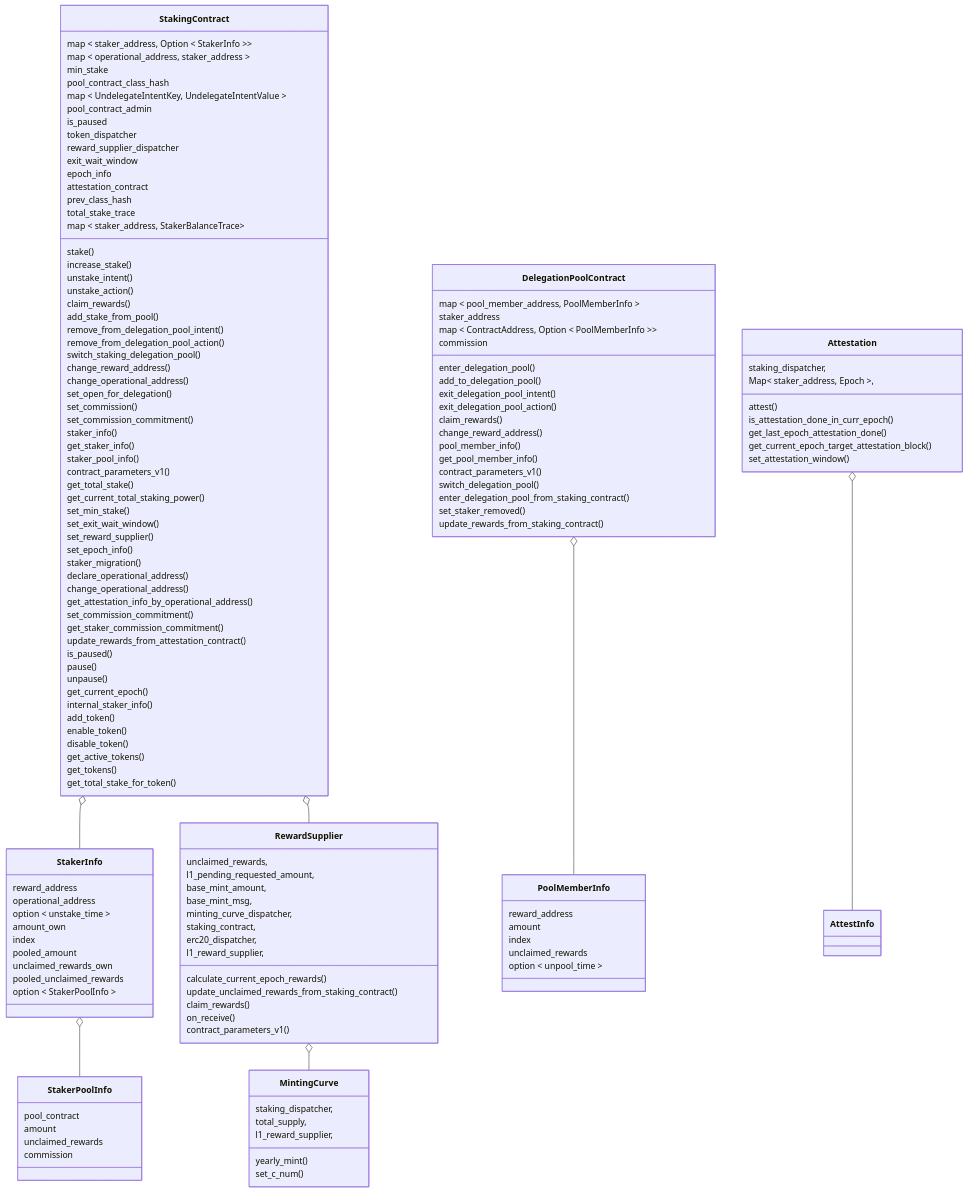
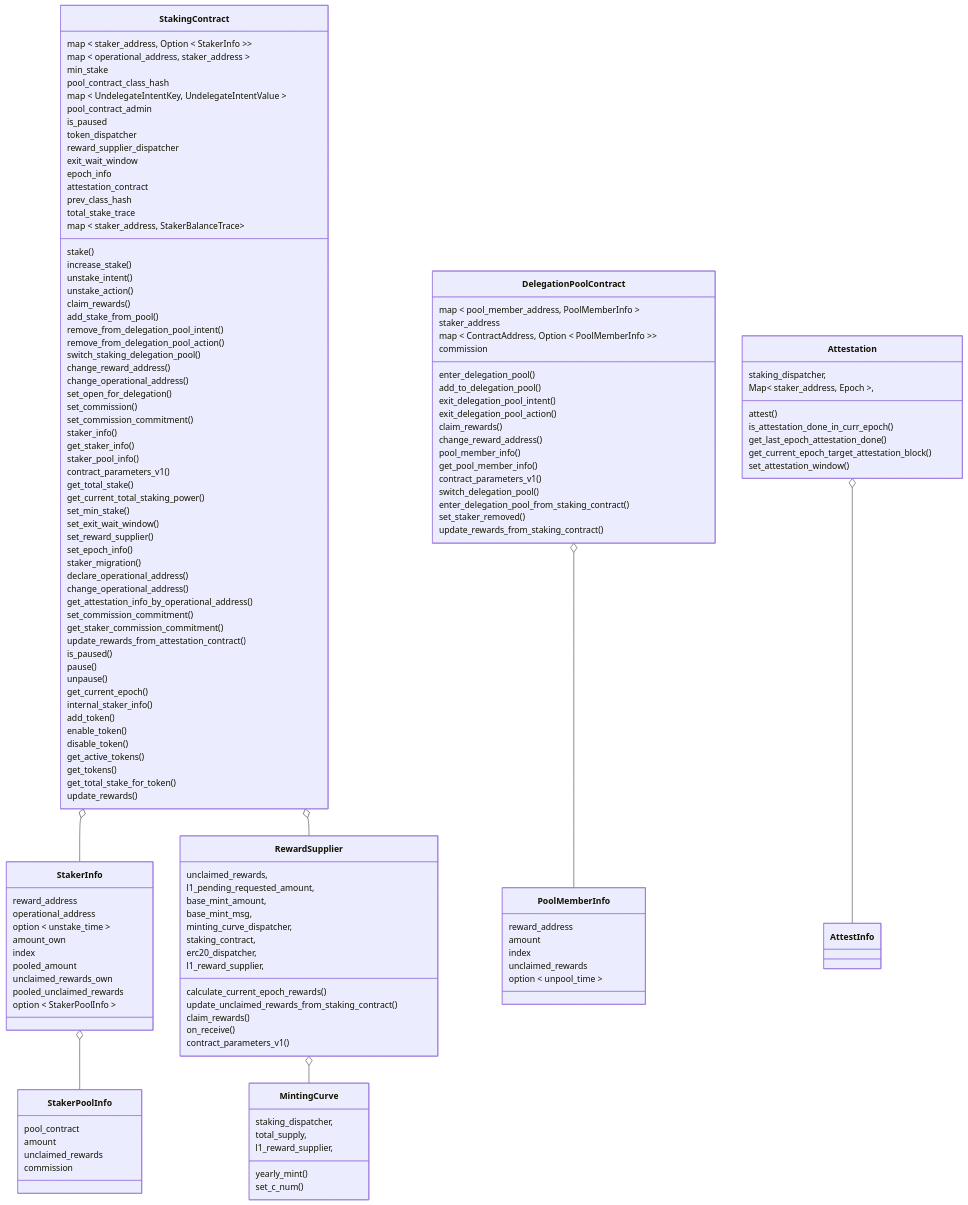
The first of 8 diagrams in workspace/apps/staking/docs/spec.md (starkware-libs/starknet-staking), drawn with Mermaid before and after one commit. The commit also changed other lines of this file and 7 other files, not shown here.

```diff
--- a/workspace/apps/staking/docs/spec.md
+++ b/workspace/apps/staking/docs/spec.md
@@ -323,6 +326,7 @@
     get_active_tokens()
     get_tokens()
     get_total_stake_for_token()
+    update_rewards()
   }
   class DelegationPoolContract{
     map < pool_member_address, PoolMemberInfo >
```
